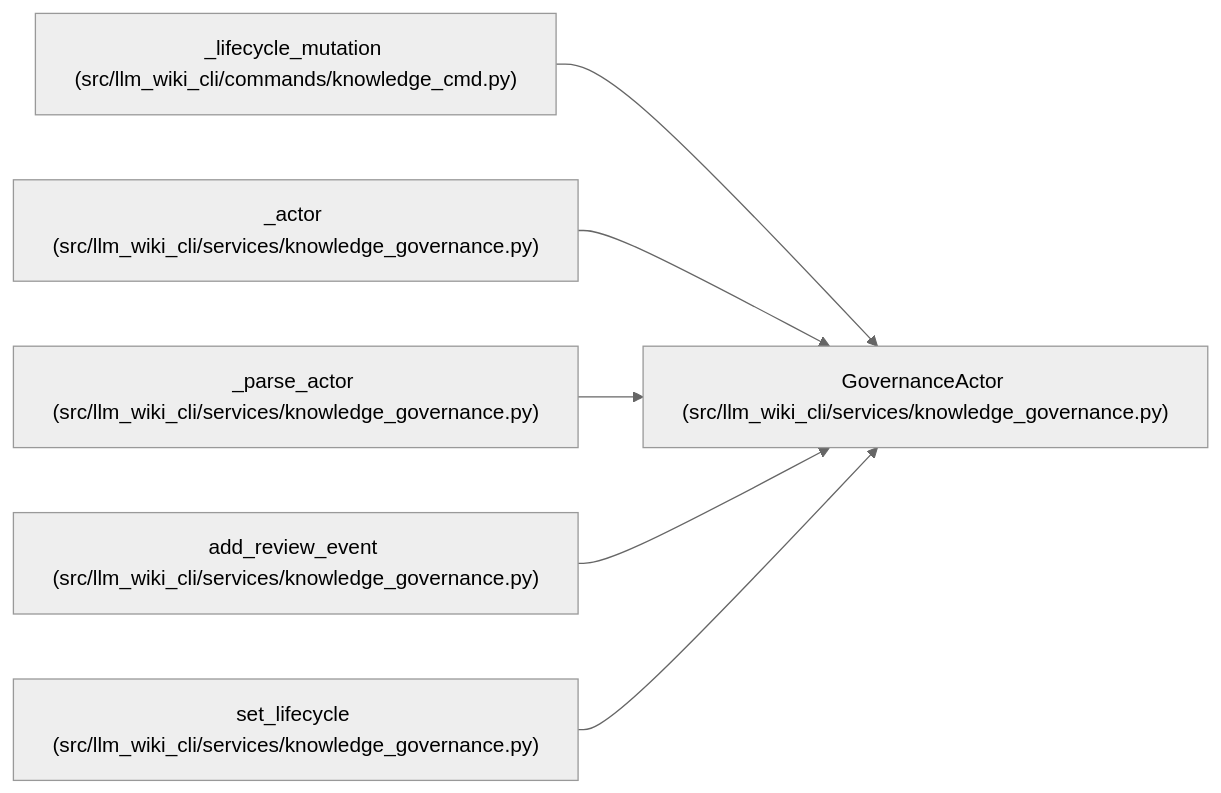
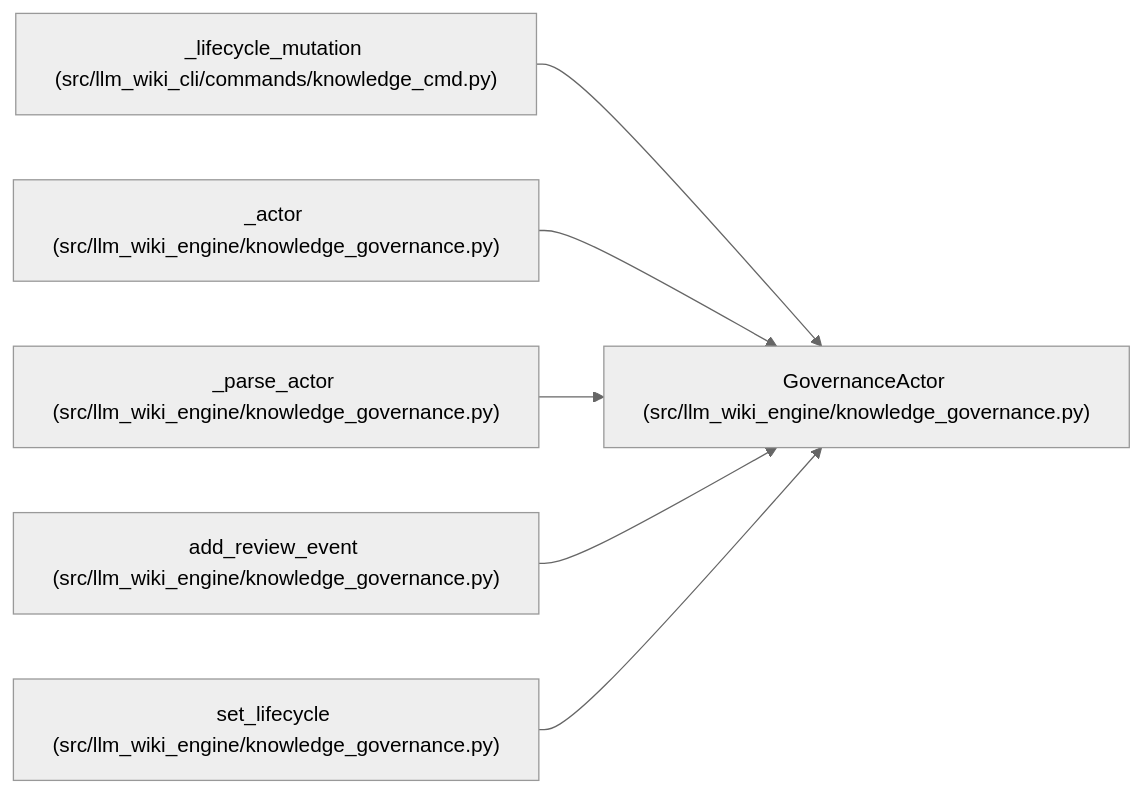
Before and after one commit to Denissvgn/python-wiki-llm: the diagram in docs/llm_wiki/entities/GovernanceActor.md, drawn with Mermaid (neutral theme). The commit also changed other lines of this file and 1058 other files, not shown here.

First line of the commit message:
docs: refresh the wiki for the knowledge store move

````diff
--- a/docs/llm_wiki/entities/GovernanceActor.md
+++ b/docs/llm_wiki/entities/GovernanceActor.md
@@ -30,20 +30,20 @@
 ```mermaid
 flowchart LR
-    n0["GovernanceActor (src/llm_wiki_cli/services/knowledge_governance.py)"]
+    n0["GovernanceActor (src/llm_wiki_engine/knowledge_governance.py)"]
     n1["_lifecycle_mutation (src/llm_wiki_cli/commands/knowledge_cmd.py)"]
-    n2["_actor (src/llm_wiki_cli/services/knowledge_governance.py)"]
-    n3["_parse_actor (src/llm_wiki_cli/services/knowledge_governance.py)"]
-    n4["add_review_event (src/llm_wiki_cli/services/knowledge_governance.py)"]
-    n5["set_lifecycle (src/llm_wiki_cli/services/knowledge_governance.py)"]
+    n2["_actor (src/llm_wiki_engine/knowledge_governance.py)"]
+    n3["_parse_actor (src/llm_wiki_engine/knowledge_governance.py)"]
+    n4["add_review_event (src/llm_wiki_engine/knowledge_governance.py)"]
+    n5["set_lifecycle (src/llm_wiki_engine/knowledge_governance.py)"]
     n1 --> n0
     n2 --> n0
     n3 --> n0
     n4 --> n0
     n5 --> n0
     click n0 "../modules/knowledge_governance.md"
     click n1 "../modules/knowledge_cmd.md"
     click n2 "../modules/knowledge_governance.md"
     click n3 "../modules/knowledge_governance.md"
     click n4 "../modules/knowledge_governance.md"
     click n5 "../modules/knowledge_governance.md"
 ```
````
